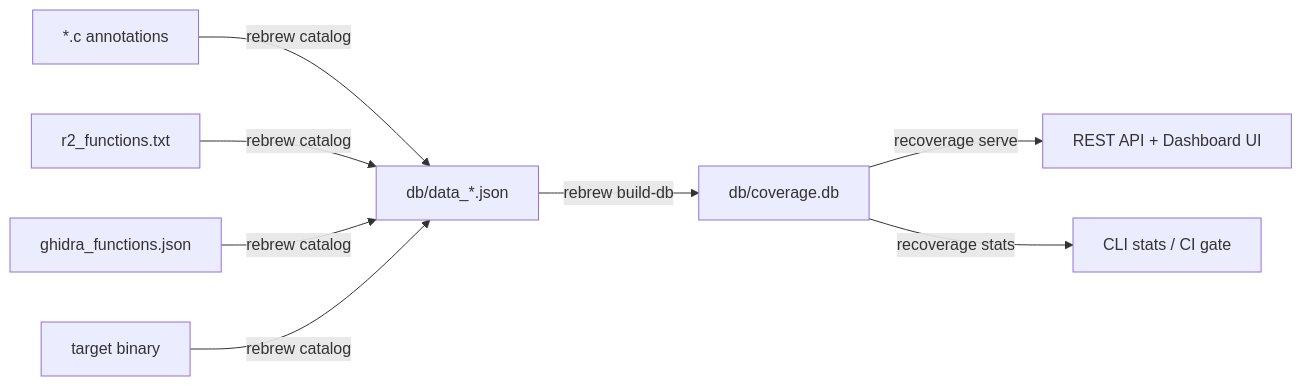
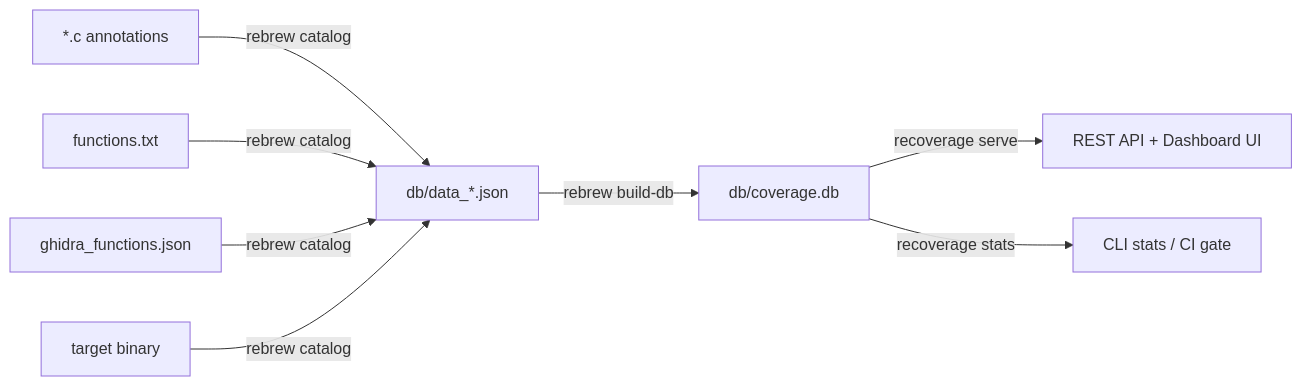
The diagram in docs/DB_FORMAT.md (maci0/rebrew), drawn with Mermaid before and after one commit. The commit also changed other lines of this file and 99 other files, not shown here.

````diff
--- a/docs/DB_FORMAT.md
+++ b/docs/DB_FORMAT.md
@@ -12,10 +12,10 @@
 ```mermaid
 flowchart LR
     A["*.c annotations"] -->|rebrew catalog| B["db/data_*.json"]
-    R2["r2_functions.txt"] -->|rebrew catalog| B
+    FL["functions.txt"] -->|rebrew catalog| B
     GH["ghidra_functions.json"] -->|rebrew catalog| B
     BIN["target binary"] -->|rebrew catalog| B
     B -->|rebrew build-db| C["db/coverage.db"]
     C -->|recoverage serve| D["REST API + Dashboard UI"]
     C -->|recoverage stats| E["CLI stats / CI gate"]
 ```
````
